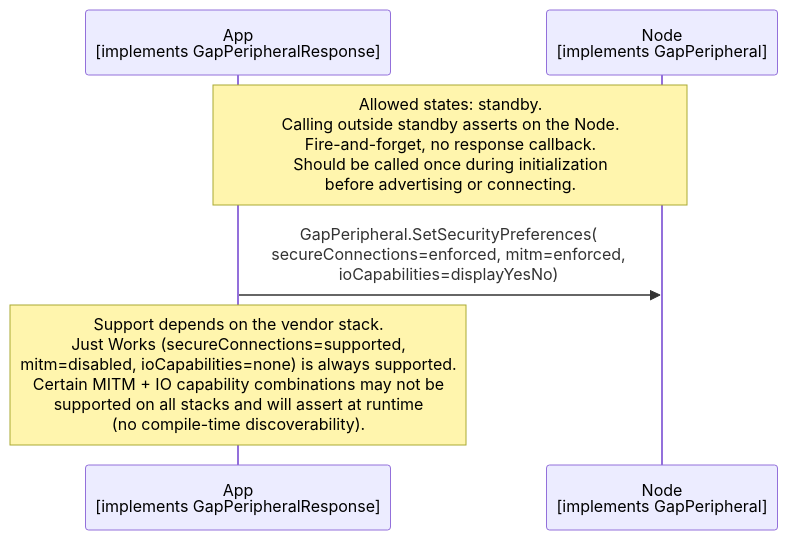
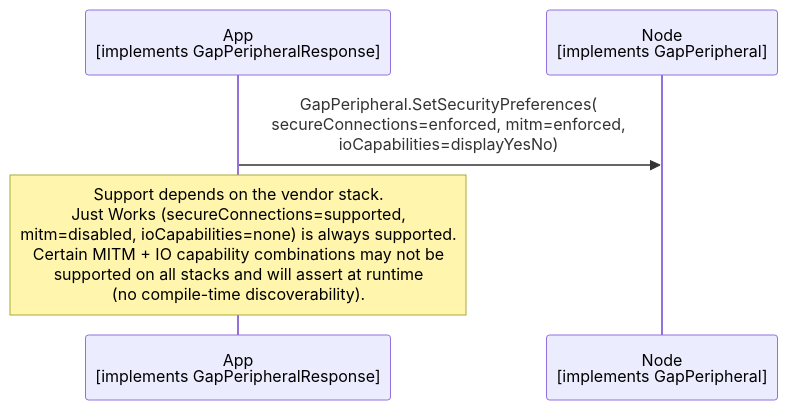
Before and after one commit to philips-software/amp-embedded-infra-lib: the diagram in documents/modules/ROOT/partials/echoservices/gap_peripheral/GapPeripheral_SetSecurityPreferences_sequence.mmd, drawn with Mermaid. The commit also changed 28 other files, not shown here.

```diff
--- a/documents/modules/ROOT/partials/echoservices/gap_peripheral/GapPeripheral_SetSecurityPreferences_sequence.mmd
+++ b/documents/modules/ROOT/partials/echoservices/gap_peripheral/GapPeripheral_SetSecurityPreferences_sequence.mmd
@@ -1,9 +1,7 @@
 sequenceDiagram
     participant App as App<br>[implements GapPeripheralResponse]
     participant Node as Node<br>[implements GapPeripheral]
 
-    Note over App, Node: Allowed states: standby.<br>Calling outside standby asserts on the Node.<br>Fire-and-forget, no response callback.<br>Should be called once during initialization<br>before advertising or connecting.
-
     App->>Node: GapPeripheral.SetSecurityPreferences(<br>secureConnections=enforced, mitm=enforced,<br>ioCapabilities=displayYesNo)
 
     Note over App: Support depends on the vendor stack.<br>Just Works (secureConnections=supported,<br>mitm=disabled, ioCapabilities=none) is always supported.<br>Certain MITM + IO capability combinations may not be<br>supported on all stacks and will assert at runtime<br>(no compile-time discoverability).
```
